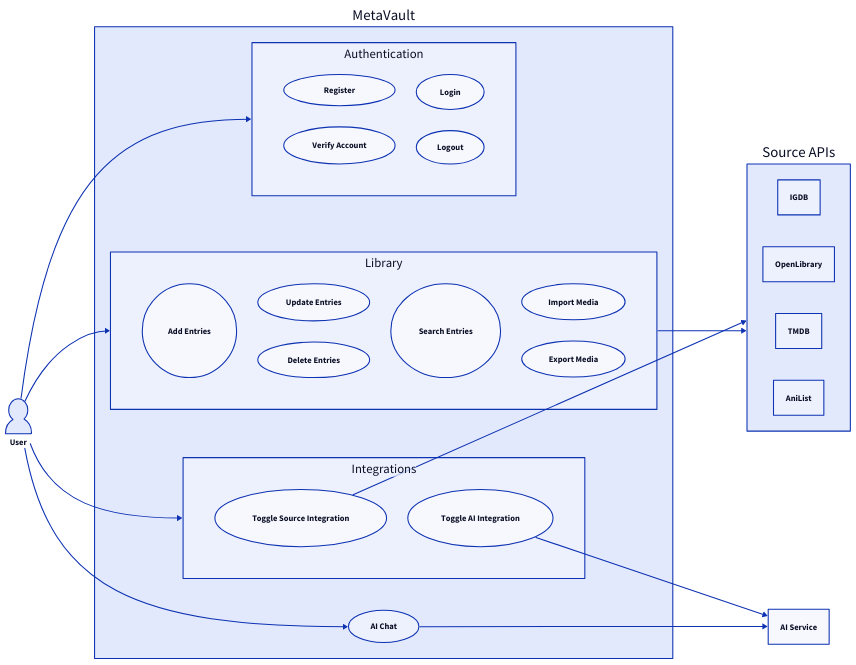
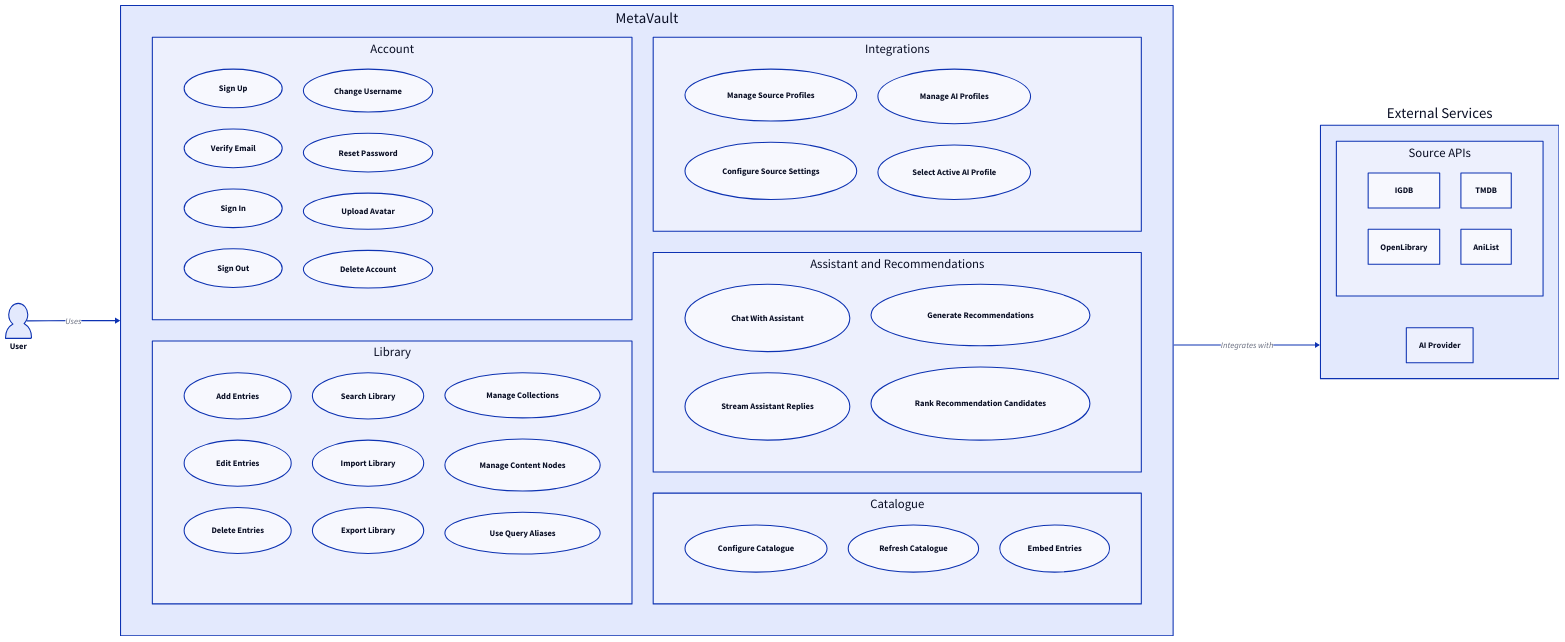
Before and after one commit to etherbits/metavault: the diagram in docs/diagrams/src/use-case-diagram.d2, drawn with D2. The commit also changed 6 other files, not shown here.

Commit message:
Refresh README and diagrams

```diff
--- a/docs/diagrams/src/use-case-diagram.d2
+++ b/docs/diagrams/src/use-case-diagram.d2
@@ -1,50 +1,68 @@
 direction: right
 
 user: User { shape: person }
 
-sources: Source APIs {
-  igdb: IGDB
-  openlibrary: OpenLibrary
-  tmdb: TMDB
-  anilist: AniList
-}
-
-ai: AI Service { shape: rectangle }
-
 system: MetaVault {
-  auth: Authentication {
+  grid-columns: 2
+  auth: Account {
     grid-columns: 2
-    register: Register { shape: oval }
-    verify: Verify Account { shape: oval }
-    login: Login { shape: oval }
-    logout: Logout { shape: oval }
+    signup: Sign Up { shape: oval }
+    verify: Verify Email { shape: oval }
+    signin: Sign In { shape: oval }
+    signout: Sign Out { shape: oval }
+    username: Change Username { shape: oval }
+    reset: Reset Password { shape: oval }
+    avatar: Upload Avatar { shape: oval }
+    delete_account: Delete Account { shape: oval }
   }
   library: Library {
-    grid-columns: 4
+    grid-columns: 3
     add: Add Entries { shape: oval }
-    update: Update Entries { shape: oval }
+    edit: Edit Entries { shape: oval }
     delete: Delete Entries { shape: oval }
-    search: Search Entries { shape: oval }
-    import: Import Media { shape: oval }
-    export: Export Media { shape: oval }
+    search: Search Library { shape: oval }
+    import: Import Library { shape: oval }
+    export: Export Library { shape: oval }
+    collections: Manage Collections { shape: oval }
+    content_nodes: Manage Content Nodes { shape: oval }
+    aliases: Use Query Aliases { shape: oval }
   }
   integrations: Integrations {
     grid-columns: 2
-    toggle_source: Toggle Source Integration { shape: oval }
-    toggle_ai: Toggle AI Integration { shape: oval }
+    source_profiles: Manage Source Profiles { shape: oval }
+    source_config: Configure Source Settings { shape: oval }
+    ai_profiles: Manage AI Profiles { shape: oval }
+    active_ai: Select Active AI Profile { shape: oval }
   }
-  ai_chat: AI Chat { shape: oval }
+  recommendations: Assistant and Recommendations {
+    grid-columns: 2
+    chat: Chat With Assistant { shape: oval }
+    stream: Stream Assistant Replies { shape: oval }
+    recommend: Generate Recommendations { shape: oval }
+    rank: Rank Recommendation Candidates { shape: oval }
+  }
+  catalogue: Catalogue {
+    grid-columns: 3
+    configure: Configure Catalogue { shape: oval }
+    refresh: Refresh Catalogue { shape: oval }
+    embed: Embed Entries { shape: oval }
+  }
 }
 
-# User interacts with each feature group
-user -> system.auth
-user -> system.library
-user -> system.integrations
-user -> system.ai_chat
+external: External Services {
+  direction: down
+  sources: Source APIs {
+    grid-columns: 2
+    igdb: IGDB
+    openlibrary: OpenLibrary
+    tmdb: TMDB
+    anilist: AniList
+  }
+  ai: AI Provider { shape: rectangle }
+}
 
-# Collapse the source connections to the container level
-# to prevent the layout engine from exploding
-system.library -> sources
-system.integrations.toggle_source -> sources
-system.ai_chat -> ai
-system.integrations.toggle_ai -> ai
+# Main product user
+user -> system: Uses
+
+# External integration providers
+system -> external: Integrates with
```
